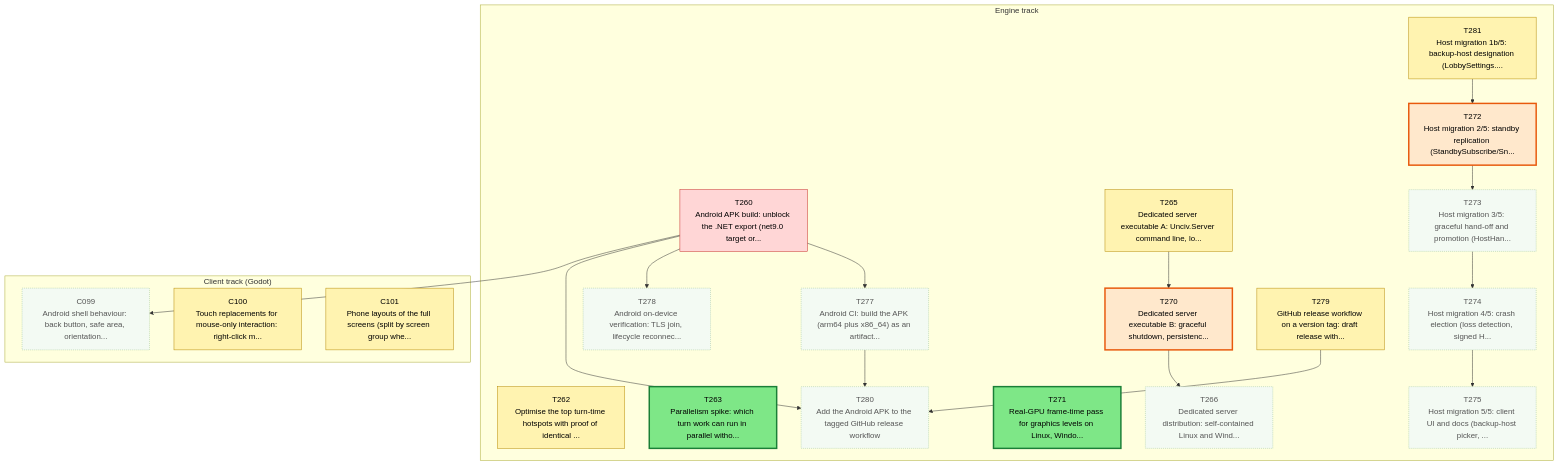
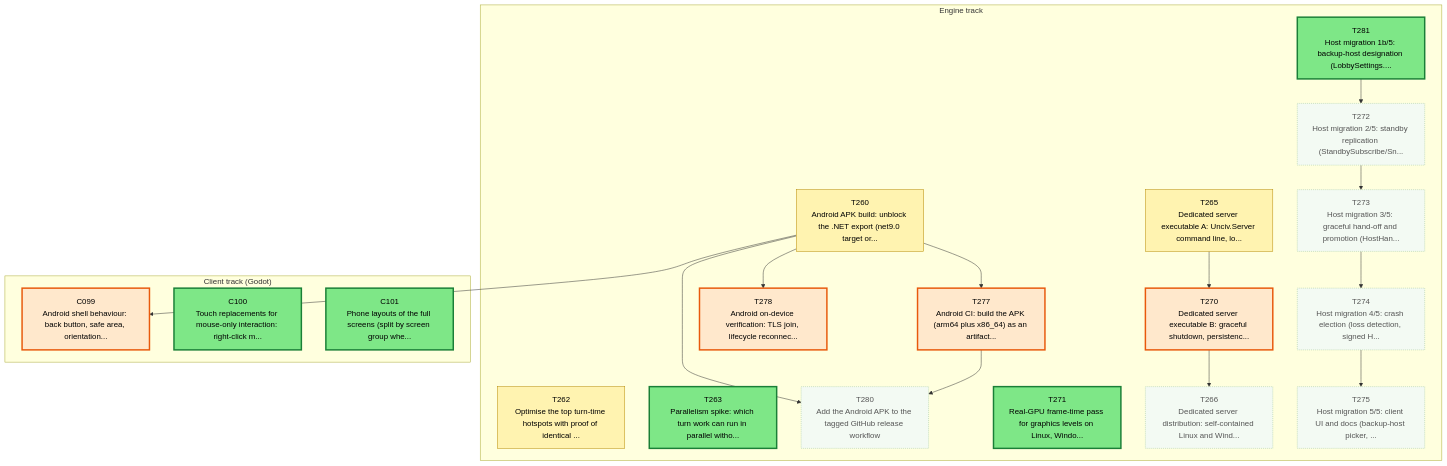
One commit to Kenmura/Unciv changed the first of 3 diagrams in csharp/migration/DEPENDENCY_MAP.md. Above: the diagram before and after it, drawn with Mermaid. The commit also changed other lines of this file and 1 other file, not shown here.

````diff
--- a/csharp/migration/DEPENDENCY_MAP.md
+++ b/csharp/migration/DEPENDENCY_MAP.md
@@ -35,64 +35,61 @@
 ```mermaid
 flowchart TD
   subgraph TTRACK["Engine track"]
     T260["T260<br/>Android APK build: unblock the .NET export (net9.0 target or..."]
     T262["T262<br/>Optimise the top turn-time hotspots with proof of identical ..."]
     T263["T263<br/>Parallelism spike: which turn work can run in parallel witho..."]
     T265["T265<br/>Dedicated server executable A: Unciv.Server command line, lo..."]
     T266["T266<br/>Dedicated server distribution: self-contained Linux and Wind..."]
     T270["T270<br/>Dedicated server executable B: graceful shutdown, persistenc..."]
     T271["T271<br/>Real-GPU frame-time pass for graphics levels on Linux, Windo..."]
     T272["T272<br/>Host migration 2/5: standby replication (StandbySubscribe/Sn..."]
     T273["T273<br/>Host migration 3/5: graceful hand-off and promotion (HostHan..."]
     T274["T274<br/>Host migration 4/5: crash election (loss detection, signed H..."]
     T275["T275<br/>Host migration 5/5: client UI and docs (backup-host picker, ..."]
     T277["T277<br/>Android CI: build the APK (arm64 plus x86_64) as an artifact..."]
     T278["T278<br/>Android on-device verification: TLS join, lifecycle reconnec..."]
-    T279["T279<br/>GitHub release workflow on a version tag: draft release with..."]
     T280["T280<br/>Add the Android APK to the tagged GitHub release workflow"]
     T281["T281<br/>Host migration 1b/5: backup-host designation (LobbySettings...."]
   end
   subgraph CTRACK["Client track (Godot)"]
     C099["C099<br/>Android shell behaviour: back button, safe area, orientation..."]
     C100["C100<br/>Touch replacements for mouse-only interaction: right-click m..."]
     C101["C101<br/>Phone layouts of the full screens (split by screen group whe..."]
   end
   T270 --> T266
   T265 --> T270
   T281 --> T272
   T272 --> T273
   T273 --> T274
   T274 --> T275
   T260 --> T277
   T260 --> T278
-  T279 --> T280
   T260 --> T280
   T277 --> T280
   T260 --> C099
   classDef waiting fill:#f3faf3,stroke:#9bc49b,color:#555,stroke-dasharray:2 2
   classDef ondeck fill:#ffe8cc,stroke:#e8590c,stroke-width:3px,color:#000
   classDef ready fill:#7ee787,stroke:#1a7f37,stroke-width:3px,color:#000
   classDef prog fill:#fff3b0,stroke:#b58900,color:#000
   classDef review fill:#cfe4ff,stroke:#1f6feb,color:#000
   classDef blocked fill:#ffd6d6,stroke:#c62828,color:#000
   classDef done fill:#eeeeee,stroke:#999999,color:#666,stroke-dasharray:4 3
-  class C099 waiting
-  class C100 prog
-  class C101 prog
-  class T260 blocked
+  class C099 ondeck
+  class C100 ready
+  class C101 ready
+  class T260 prog
   class T262 prog
   class T263 ready
   class T265 prog
   class T266 waiting
   class T270 ondeck
   class T271 ready
-  class T272 ondeck
+  class T272 waiting
   class T273 waiting
   class T274 waiting
   class T275 waiting
-  class T277 waiting
-  class T278 waiting
-  class T279 prog
+  class T277 ondeck
+  class T278 ondeck
   class T280 waiting
-  class T281 prog
+  class T281 ready
 ```
````
